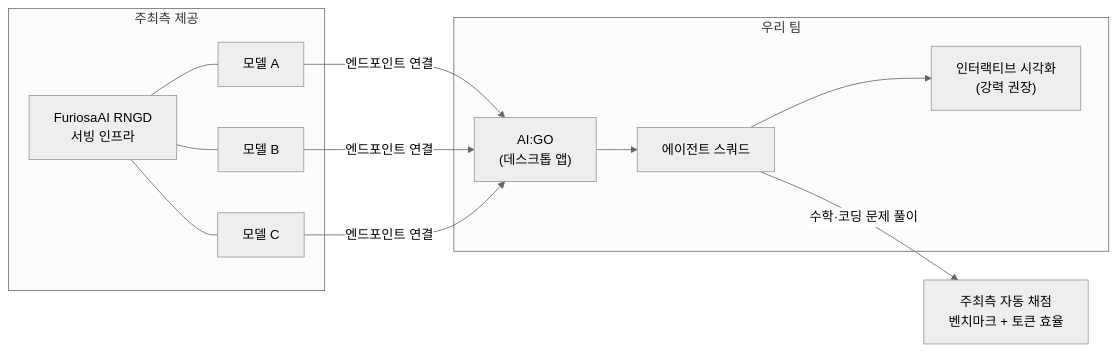
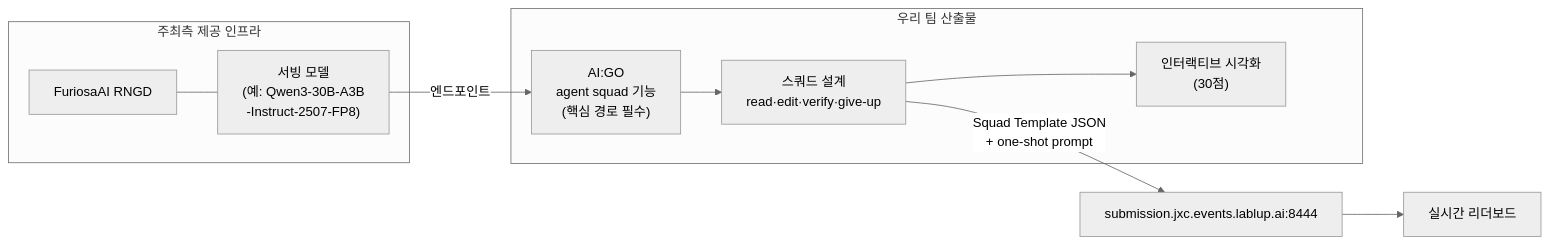
One commit to jsonpassion/cp changed the diagram in content/track-mission.md. Above: the diagram before and after it, drawn with Mermaid (neutral theme). The commit also changed other lines of this file and 7 other files, not shown here.

````diff
--- a/content/track-mission.md
+++ b/content/track-mission.md
@@ -7,16 +33,17 @@
 ```mermaid
 flowchart LR
-    subgraph 제공["주최측 제공"]
-        M1["모델 A"]; M2["모델 B"]; M3["모델 C"]
-        RNGD["FuriosaAI RNGD<br/>서빙 인프라"]
-        RNGD --- M1 & M2 & M3
+    subgraph 제공["주최측 제공 인프라"]
+        RNGD["FuriosaAI RNGD"]
+        M["서빙 모델<br/>(예: Qwen3-30B-A3B<br/>-Instruct-2507-FP8)"]
+        RNGD --- M
     end
-    subgraph 우리팀["우리 팀"]
-        GO["AI:GO<br/>(데스크톱 앱)"]
-        SQ["에이전트 스쿼드"]
-        VIZ["인터랙티브 시각화<br/>(강력 권장)"]
+    subgraph 우리팀["우리 팀 산출물"]
+        GO["AI:GO<br/>agent squad 기능<br/>(핵심 경로 필수)"]
+        SQ["스쿼드 설계<br/>read·edit·verify·give-up"]
+        VIZ["인터랙티브 시각화<br/>(30점)"]
         GO --> SQ --> VIZ
     end
-    M1 & M2 & M3 -->|엔드포인트 연결| GO
-    SQ -->|"수학·코딩 문제 풀이"| SCORE["주최측 자동 채점<br/>벤치마크 + 토큰 효율"]
+    M -->|"엔드포인트"| GO
+    SQ -->|"Squad Template JSON<br/>+ one-shot prompt"| SUB["submission.jxc.events.lablup.ai:8444"]
+    SUB --> LB["실시간 리더보드"]
 ```
````
